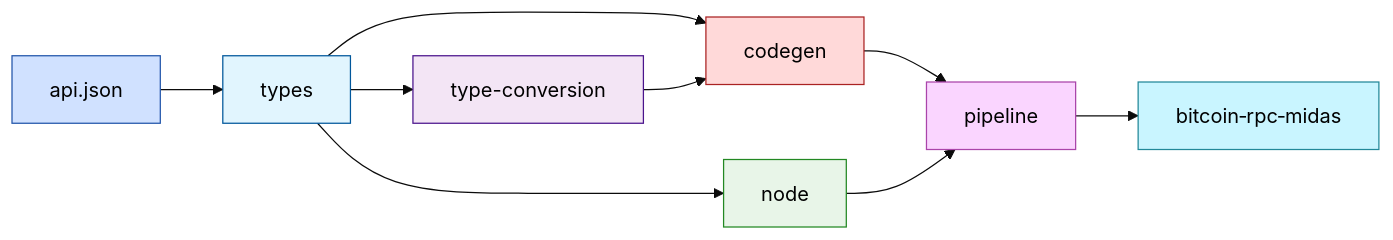
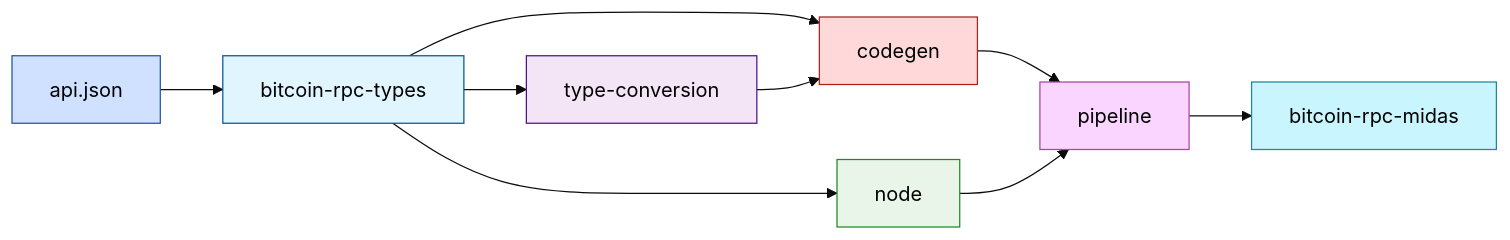
The diagram in docs/architecture.mmd (nervana21/bitcoin-rpc-codegen), drawn with Mermaid (base theme) before and after one commit.

```diff
--- a/docs/architecture.mmd
+++ b/docs/architecture.mmd
@@ -1,20 +1,20 @@
 flowchart LR
-  API_JSON["api.json"]:::api --> Types["types"]:::core
+  API_JSON["api.json"]:::api --> BitcoinRpcTypes["bitcoin-rpc-types"]:::core
   
-  Types --> TypeConversion["type-conversion"]:::registry
-  Types --> Codegen["codegen"]:::codegen
-  Types --> Node["node"]:::node
+  BitcoinRpcTypes --> TypeConversion["type-conversion"]:::registry
+  BitcoinRpcTypes --> Codegen["codegen"]:::codegen
+  BitcoinRpcTypes --> Node["node"]:::node
   
   TypeConversion --> Codegen
   Codegen --> Pipeline["pipeline"]:::pipeline
-  Pipeline --> Midas["bitcoin‑rpc‑midas"]:::midas
+  Pipeline --> BitcoinRpcMidas["bitcoin-rpc-midas"]:::midas
 
   Node --> Pipeline
 
   classDef api       fill:#d0e1ff,stroke:#2255aa,color:#000;
   classDef core      fill:#e1f5fe,stroke:#01579b,color:#000;
   classDef registry  fill:#f3e5f5,stroke:#4a148c,color:#000;
   classDef codegen   fill:#ffd9d9,stroke:#aa2222,color:#000;
   classDef pipeline  fill:#fad5ff,stroke:#aa44aa,color:#000;
   classDef midas     fill:#c9f5ff,stroke:#228899,color:#000;
   classDef node      fill:#e8f5e8,stroke:#228822,color:#000;
```
